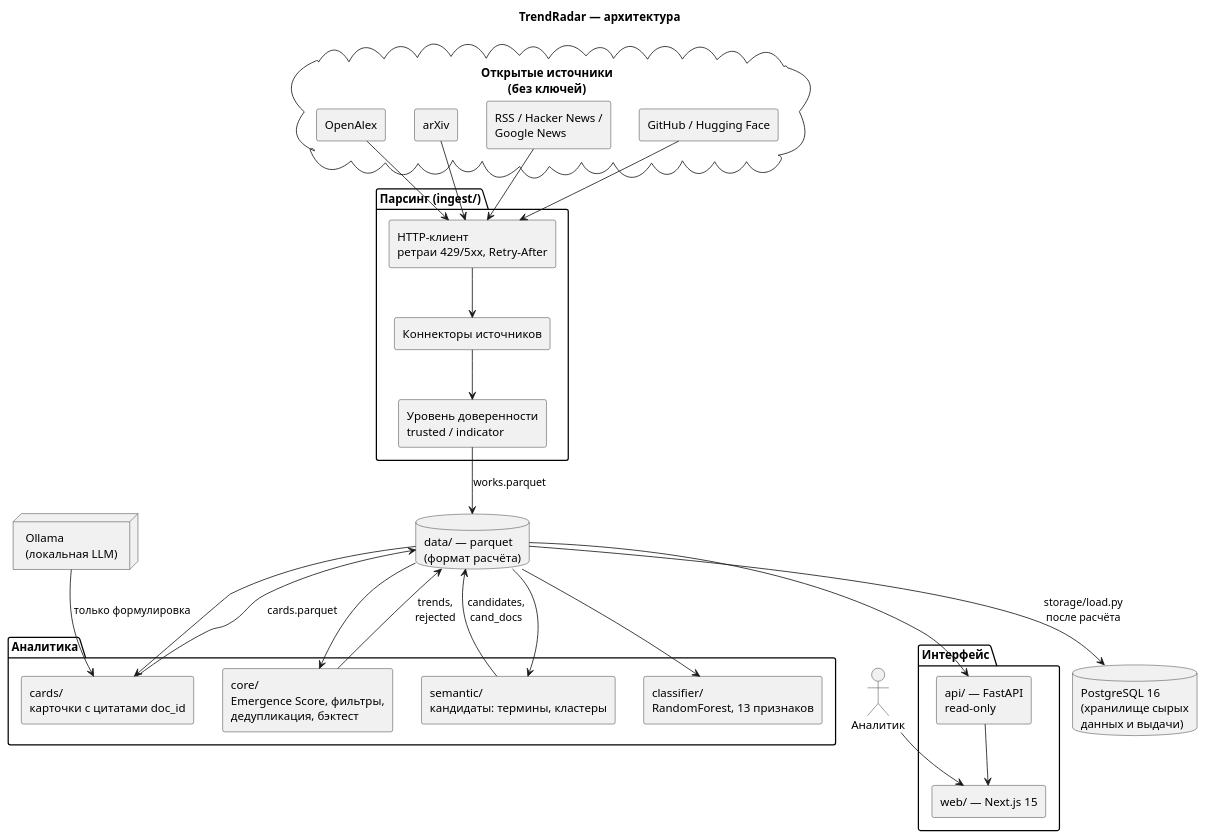
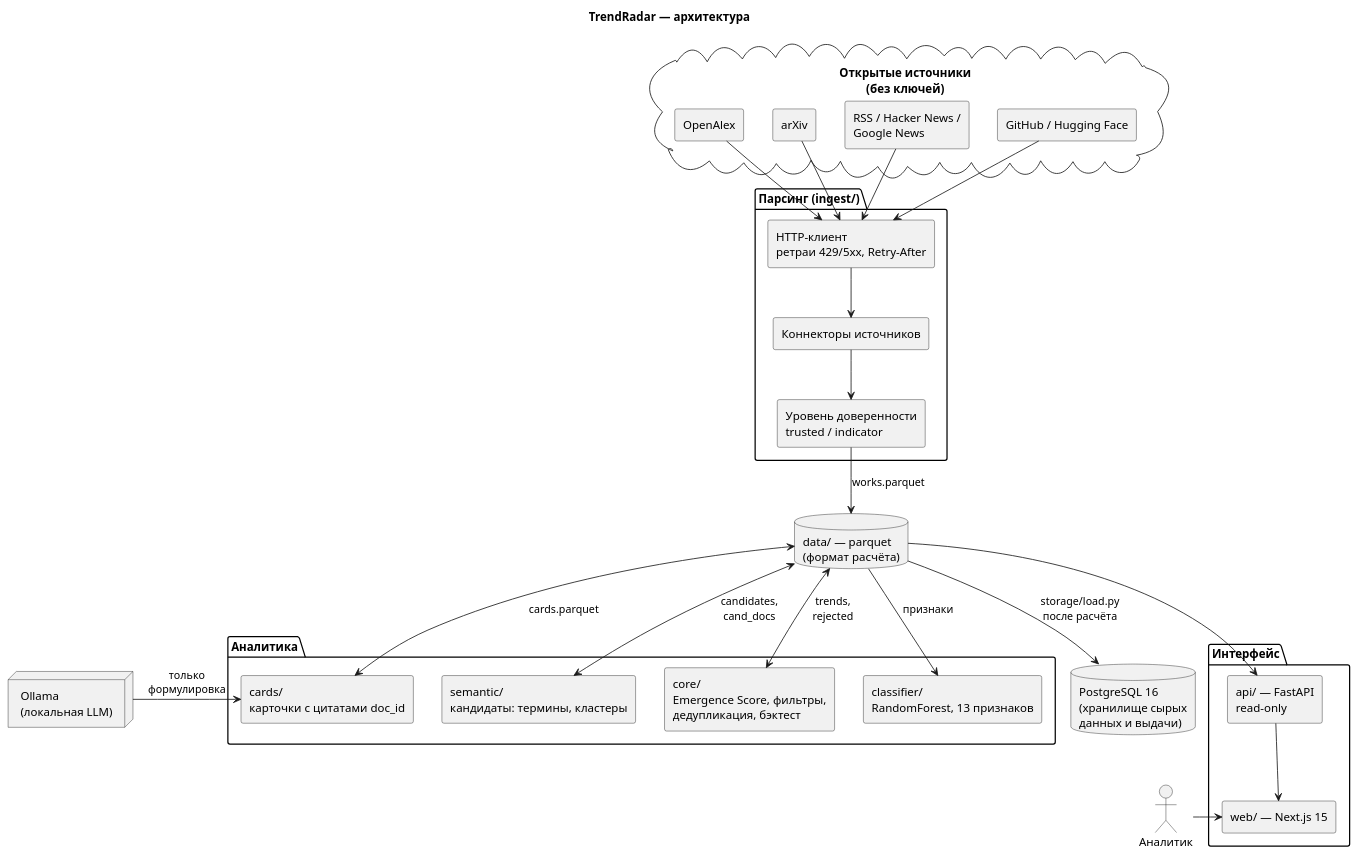
One commit to mranton152/trendradar changed the diagram in docs/diagrams/architecture.puml. Above: the diagram before and after it, drawn with PlantUML. The commit also changed 9 other files, not shown here.

First line of the commit message:
Схемы архитектуры отрисованы и встроены в техдок

```diff
--- a/docs/diagrams/architecture.puml
+++ b/docs/diagrams/architecture.puml
@@ -1,59 +1,56 @@
 @startuml architecture
 ' Компоненты TrendRadar и границы между ними.
 ' Слои связаны не импортами, а файлами по контрактам (contracts/schemas.py).
 title TrendRadar — архитектура
 skinparam componentStyle rectangle
 skinparam defaultFontName Arial
 skinparam shadowing false
 
 cloud "Открытые источники\n(без ключей)" as SRC {
   [OpenAlex] as oa
   [arXiv] as arx
   [RSS / Hacker News /\nGoogle News] as news
   [GitHub / Hugging Face] as code
 }
 
 package "Парсинг (ingest/)" as ING {
   [HTTP-клиент\nретраи 429/5xx, Retry-After] as http
   [Коннекторы источников] as conn
   [Уровень доверенности\ntrusted / indicator] as trust
 }
 
 package "Аналитика" as AN {
   [semantic/\nкандидаты: термины, кластеры] as sem
   [core/\nEmergence Score, фильтры,\nдедупликация, бэктест] as core
   [classifier/\nRandomForest, 13 признаков] as clf
   [cards/\nкарточки с цитатами doc_id] as cards
 }
 
 database "data/ — parquet\n(формат расчёта)" as PQ
 database "PostgreSQL 16\n(хранилище сырых\nданных и выдачи)" as PG
 
 package "Интерфейс" as UI {
   [api/ — FastAPI\nread-only] as api
   [web/ — Next.js 15] as web
 }
 
 actor "Аналитик" as user
 node "Ollama\n(локальная LLM)" as llm
 
 oa --> http
 arx --> http
 news --> http
 code --> http
 http --> conn
 conn --> trust
 trust --> PQ : works.parquet
-PQ --> sem
-sem --> PQ : candidates,\ncand_docs
-PQ --> core
-core --> PQ : trends,\nrejected
-PQ --> clf
-PQ --> cards
-llm --> cards : только формулировка
-cards --> PQ : cards.parquet
+PQ <--> sem : candidates,\ncand_docs
+PQ <--> core : trends,\nrejected
+PQ --> clf : признаки
+PQ <--> cards : cards.parquet
+llm -right-> cards : только\nформулировка
 PQ --> PG : storage/load.py\nпосле расчёта
 PQ --> api
 api --> web
-user --> web
+web <-left- user
 @enduml
```
